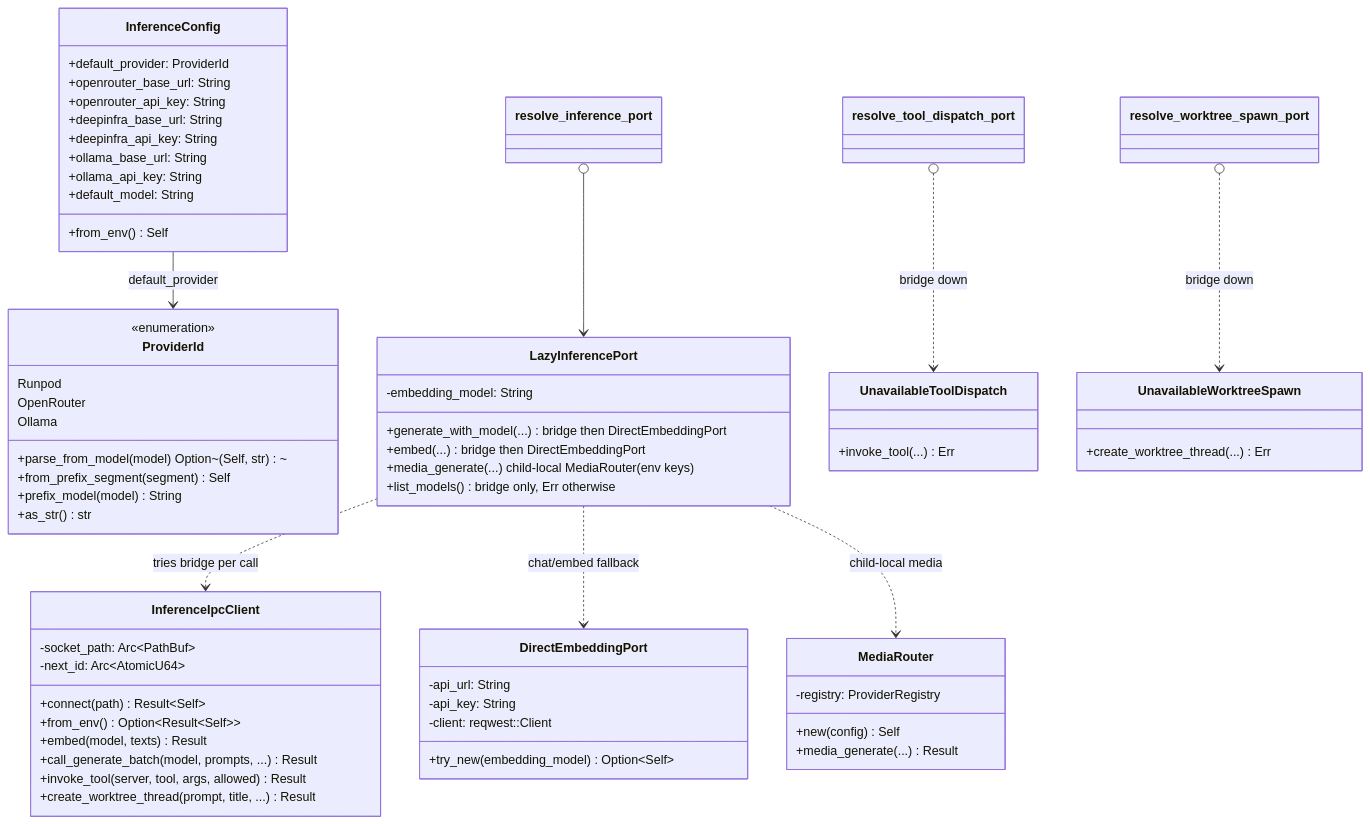
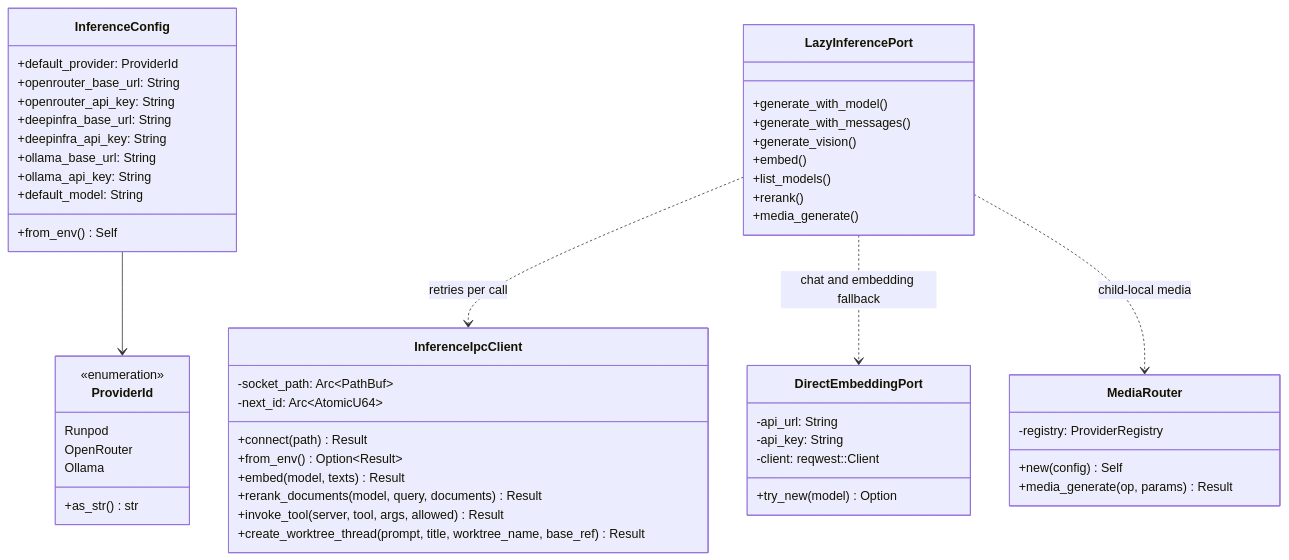
The diagram in kask/docs/diataxis/hkask-inference/reference.md (mdz-axo/zed-kask), drawn with Mermaid before and after one commit. The commit also changed other lines of this file and 8 other files, not shown here.

````diff
--- a/kask/docs/diataxis/hkask-inference/reference.md
+++ b/kask/docs/diataxis/hkask-inference/reference.md
@@ -136,66 +40,56 @@
 ```mermaid
 classDiagram
     class ProviderId {
         <<enumeration>>
         Runpod
         OpenRouter
         Ollama
-        +parse_from_model(model) Option~(Self, str)~
-        +from_prefix_segment(segment) Self
-        +prefix_model(model) String
         +as_str() str
     }
     class InferenceConfig {
         +default_provider: ProviderId
         +openrouter_base_url: String
         +openrouter_api_key: String
         +deepinfra_base_url: String
         +deepinfra_api_key: String
         +ollama_base_url: String
         +ollama_api_key: String
         +default_model: String
         +from_env() Self
     }
     class InferenceIpcClient {
         -socket_path: Arc~PathBuf~
         -next_id: Arc~AtomicU64~
-        +connect(path) Result~Self~
-        +from_env() Option~Result~Self~~
+        +connect(path) Result
+        +from_env() Option~Result~
         +embed(model, texts) Result
-        +call_generate_batch(model, prompts, ...) Result
+        +rerank_documents(model, query, documents) Result
         +invoke_tool(server, tool, args, allowed) Result
-        +create_worktree_thread(prompt, title, ...) Result
+        +create_worktree_thread(prompt, title, worktree_name, base_ref) Result
     }
     class LazyInferencePort {
-        -embedding_model: String
-        +generate_with_model(...) bridge then DirectEmbeddingPort
-        +embed(...) bridge then DirectEmbeddingPort
-        +media_generate(...) child-local MediaRouter (env keys)
-        +list_models() bridge only, Err otherwise
+        +generate_with_model()
+        +generate_with_messages()
+        +generate_vision()
+        +embed()
+        +list_models()
+        +rerank()
+        +media_generate()
     }
     class DirectEmbeddingPort {
         -api_url: String
         -api_key: String
         -client: reqwest::Client
-        +try_new(embedding_model) Option~Self~
+        +try_new(model) Option
     }
     class MediaRouter {
         -registry: ProviderRegistry
         +new(config) Self
-        +media_generate(...) Result
-    }
-    class UnavailableToolDispatch {
-        +invoke_tool(...) Err
-    }
-    class UnavailableWorktreeSpawn {
-        +create_worktree_thread(...) Err
+        +media_generate(op, params) Result
     }
 
-    InferenceConfig --> ProviderId : default_provider
-    LazyInferencePort ..> InferenceIpcClient : tries bridge per call
-    LazyInferencePort ..> DirectEmbeddingPort : chat/embed fallback
+    InferenceConfig --> ProviderId
+    LazyInferencePort ..> InferenceIpcClient : retries per call
+    LazyInferencePort ..> DirectEmbeddingPort : chat and embedding fallback
     LazyInferencePort ..> MediaRouter : child-local media
-    resolve_inference_port() --> LazyInferencePort
-    resolve_tool_dispatch_port() ..> UnavailableToolDispatch : bridge down
-    resolve_worktree_spawn_port() ..> UnavailableWorktreeSpawn : bridge down
 ```
````
